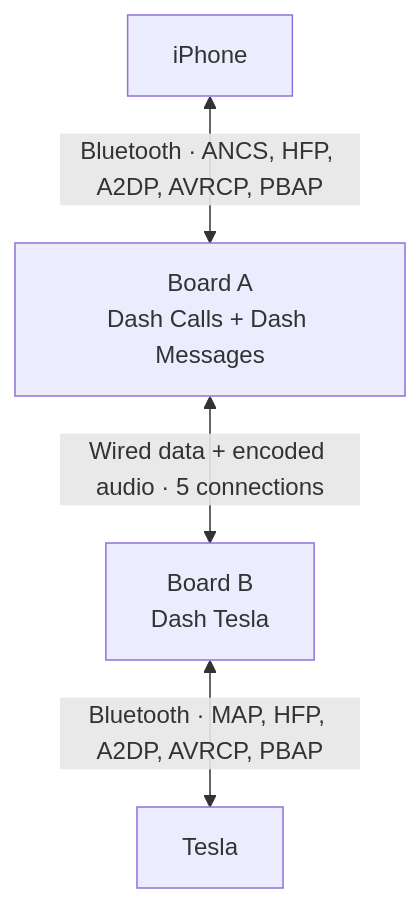
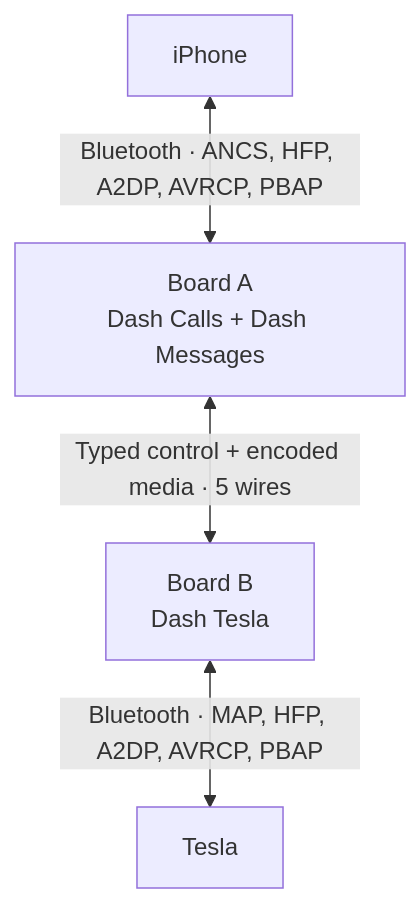
One commit to thomasgregg/DashBridge changed the diagram in README.md. Above: the diagram before and after it, drawn with Mermaid. The commit also changed other lines of this file and 8 other files, not shown here.

Commit message:
Document current architecture and retire migration notes

````diff
--- a/README.md
+++ b/README.md
@@ -44,11 +45,11 @@
 ```mermaid
 flowchart TB
     phone["iPhone"]
     receiver["Board A<br/>Dash Calls + Dash Messages"]
     gateway["Board B<br/>Dash Tesla"]
     car["Tesla"]
 
     phone <-->|"Bluetooth · ANCS, HFP, A2DP, AVRCP, PBAP"| receiver
-    receiver <-->|"Wired data + encoded audio · 5 connections"| gateway
+    receiver <-->|"Typed control + encoded media · 5 wires"| gateway
     gateway <-->|"Bluetooth · MAP, HFP, A2DP, AVRCP, PBAP"| car
 ```
````
